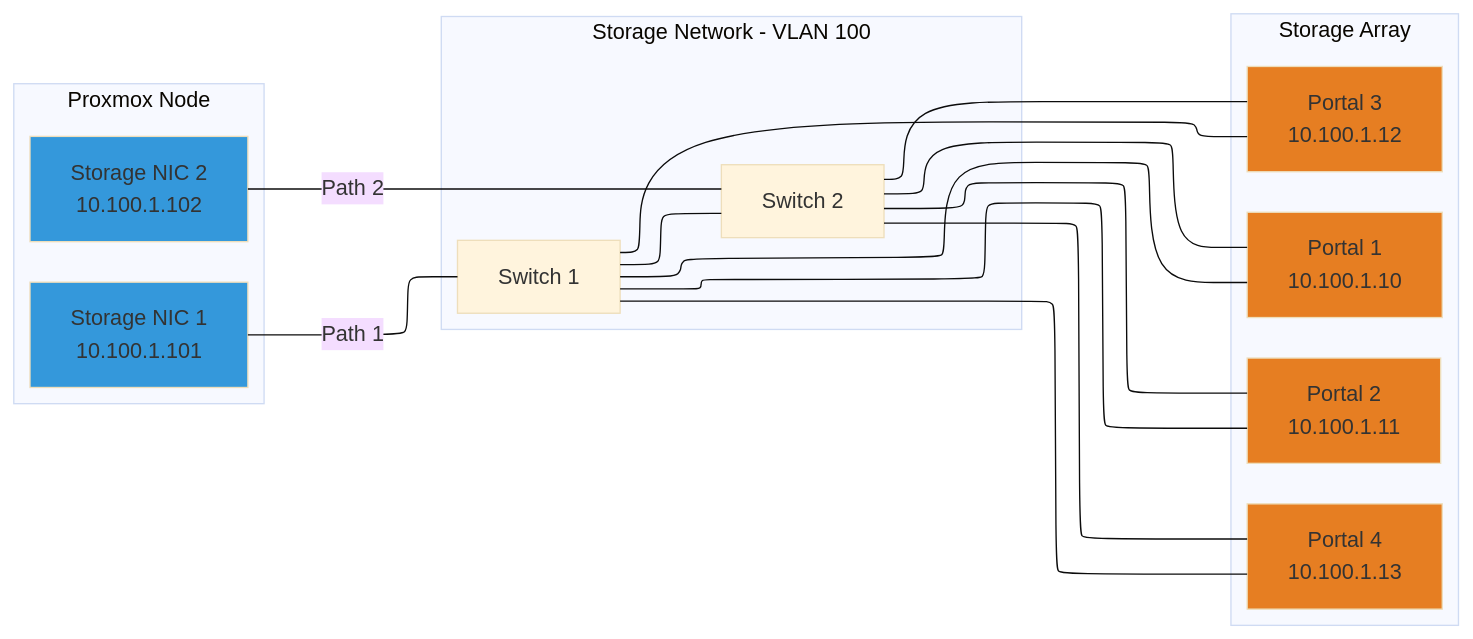
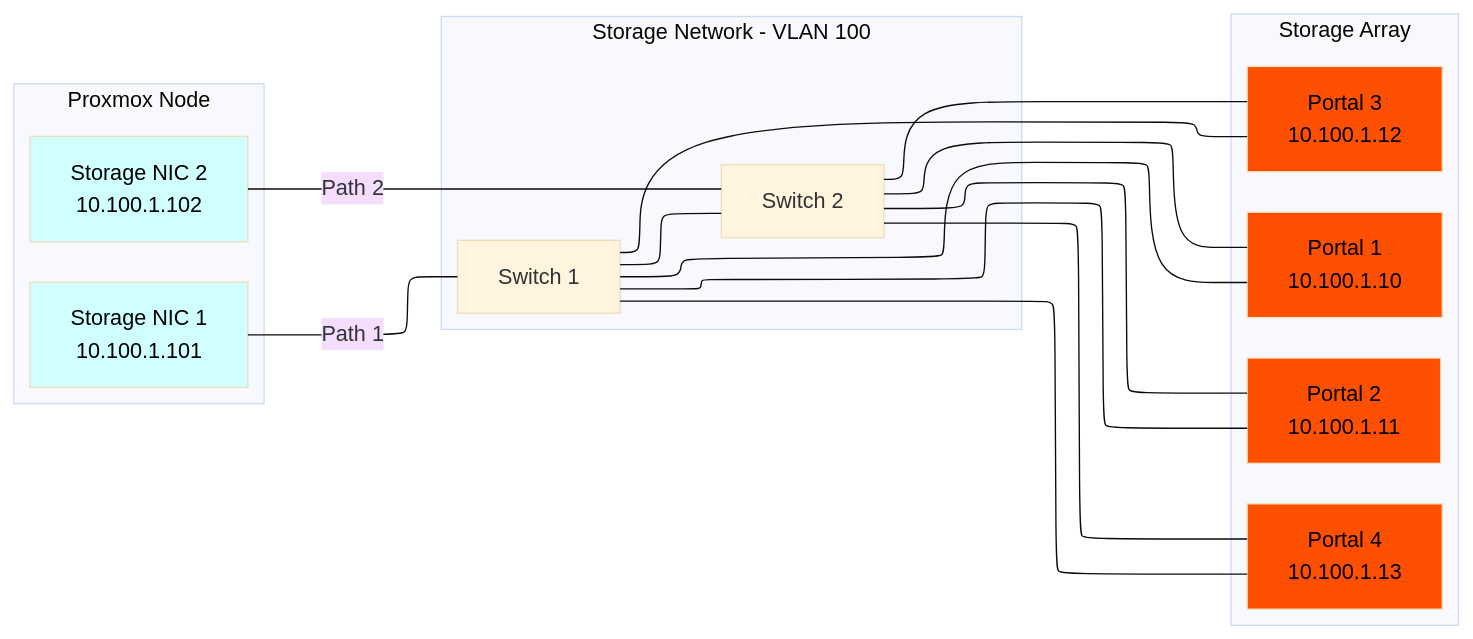
Before and after one commit to khensler/Quickstart-Guides: the second of 8 diagrams in Proxmox/nvme-tcp/BEST-PRACTICES.md, drawn with Mermaid (base theme). The commit also changed other lines of this file, not shown here.

````diff
--- a/Proxmox/nvme-tcp/BEST-PRACTICES.md
+++ b/Proxmox/nvme-tcp/BEST-PRACTICES.md
@@ -118,38 +118,38 @@
 ```mermaid
 flowchart-elk LR
     subgraph "Proxmox Node"
         NIC1[Storage NIC 1<br/>10.100.1.101]
         NIC2[Storage NIC 2<br/>10.100.1.102]
     end
 
     subgraph "Storage Network - VLAN 100"
         SW1[Switch 1]
         SW2[Switch 2]
     end
 
     subgraph "Storage Array"
         P1[Portal 1<br/>10.100.1.10]
         P2[Portal 2<br/>10.100.1.11]
         P3[Portal 3<br/>10.100.1.12]
         P4[Portal 4<br/>10.100.1.13]
     end
 
     NIC1 ---|Path 1| SW1
     NIC2 ---|Path 2| SW2
     SW1 --- SW2
     SW1 --- P1
     SW1 --- P2
     SW1 --- P3
     SW1 --- P4
     SW2 --- P1
     SW2 --- P2
     SW2 --- P3
     SW2 --- P4
 
-    style NIC1 fill:#3498db
-    style NIC2 fill:#3498db
-    style P1 fill:#e67e22
-    style P2 fill:#e67e22
-    style P3 fill:#e67e22
-    style P4 fill:#e67e22
+    style NIC1 fill:#CFFFFE,color:#000000
+    style NIC2 fill:#CFFFFE,color:#000000
+    style P1 fill:#FE5000,color:#000000
+    style P2 fill:#FE5000,color:#000000
+    style P3 fill:#FE5000,color:#000000
+    style P4 fill:#FE5000,color:#000000
 ```
````
